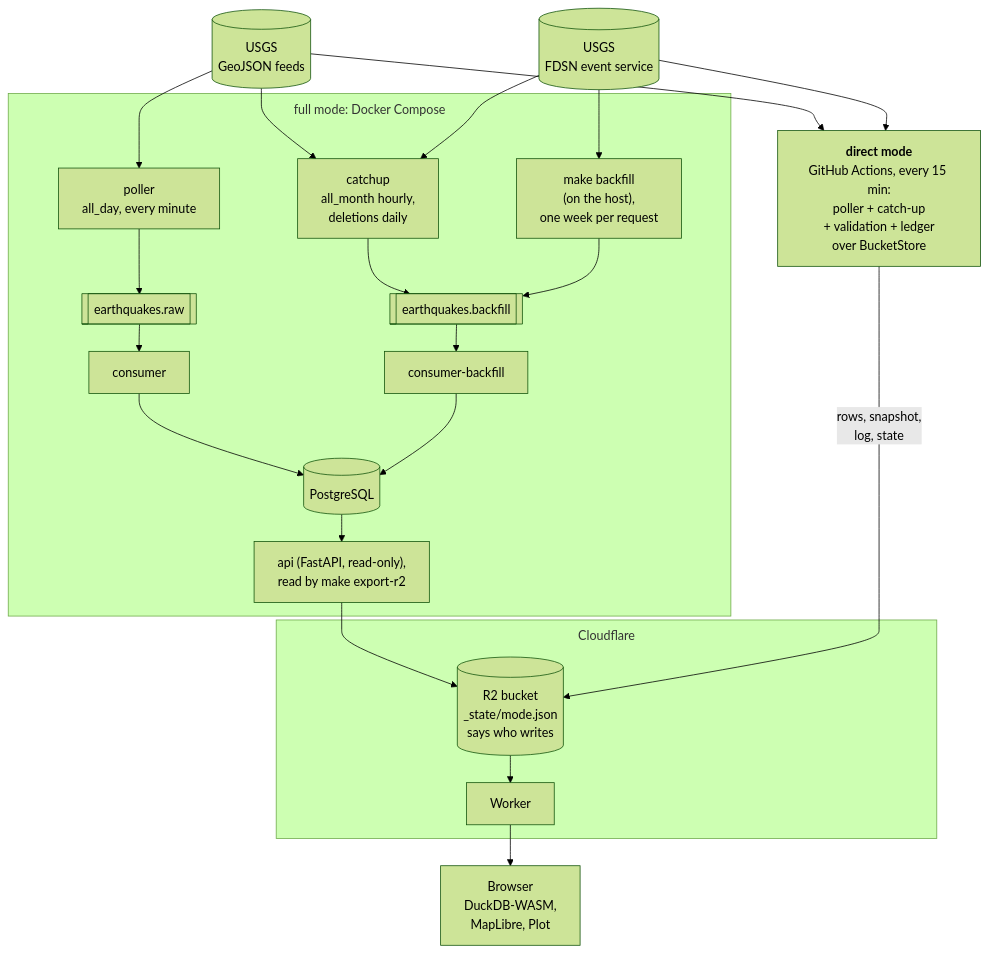
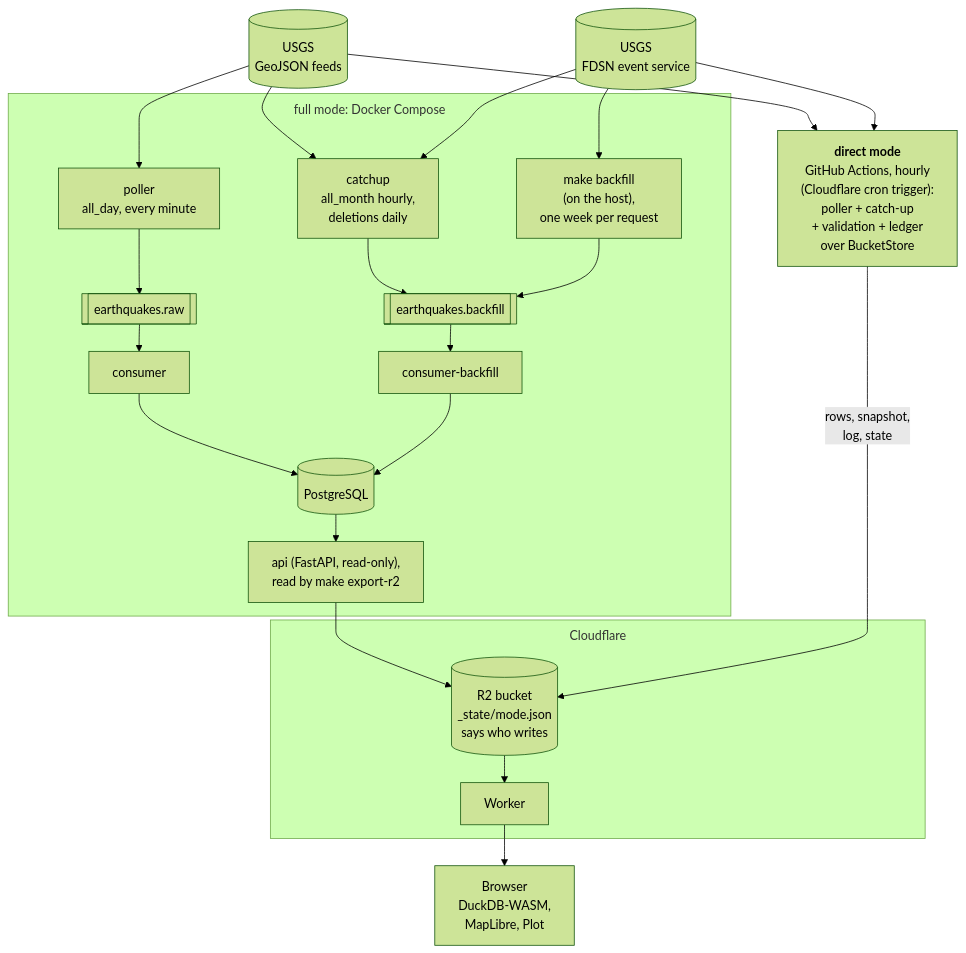
Before and after one commit to dienarvaez1/earth-hub: the first of 8 diagrams in docs/technical/architecture.md, drawn with Mermaid (forest theme). The commit also changed other lines of this file and 23 other files, not shown here.

First line of the commit message:
feat: start direct rounds hourly from a Cloudflare cron trigger (DEF-052) (#40)

````diff
--- a/docs/technical/architecture.md
+++ b/docs/technical/architecture.md
@@ -7,46 +7,46 @@
 ```mermaid
 %%{init: {"flowchart": {"rankSpacing": 35, "nodeSpacing": 100, "subGraphTitleMargin": {"top": 8, "bottom": 22}}}}%%
 flowchart TB
     usgs[("USGS<br/>GeoJSON feeds")]
     fdsn[("USGS<br/>FDSN event service")]
 
     subgraph docker["full mode: Docker Compose"]
         poller["poller<br/>all_day, every minute"]
         catchup["catchup<br/>all_month hourly,<br/>deletions daily"]
         backfill["make backfill<br/>(on the host),<br/>one week per request"]
         raw[["earthquakes.raw"]]
         bf[["earthquakes.backfill"]]
         consumer["consumer"]
         consumerbf["consumer-backfill"]
         pg[("PostgreSQL")]
         api["api (FastAPI, read-only),<br/>read by make export-r2"]
     end
 
-    direct["<b>direct mode</b><br/>GitHub Actions, every 15 min:<br/>poller + catch-up<br/>+ validation + ledger<br/>over BucketStore"]
+    direct["<b>direct mode</b><br/>GitHub Actions, hourly<br/>(Cloudflare cron trigger):<br/>poller + catch-up<br/>+ validation + ledger<br/>over BucketStore"]
 
     subgraph cloud["Cloudflare"]
         r2[("R2 bucket<br/>_state/mode.json<br/>says who writes")]
         worker["Worker"]
     end
 
     browser["Browser<br/>DuckDB-WASM,<br/>MapLibre, Plot"]
 
     usgs --> poller
     usgs --> catchup
     fdsn --> catchup
     fdsn --> backfill
     usgs --> direct
     fdsn --> direct
     poller --> raw
     catchup --> bf
     backfill --> bf
     raw --> consumer
     bf --> consumerbf
     consumer --> pg
     consumerbf --> pg
     pg --> api
     api --> r2
     direct -- "rows, snapshot,<br/>log, state" --> r2
     r2 --> worker
     worker --> browser
 ```
````
